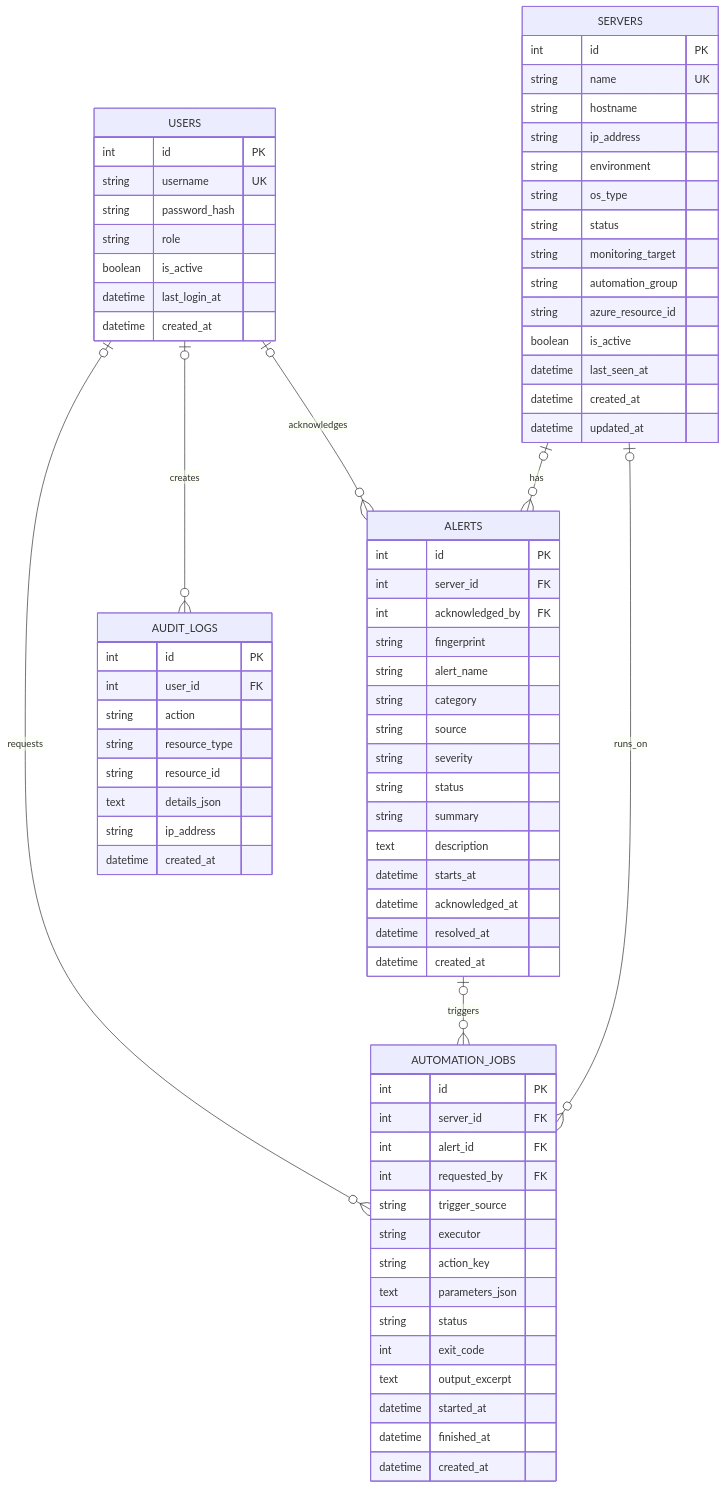
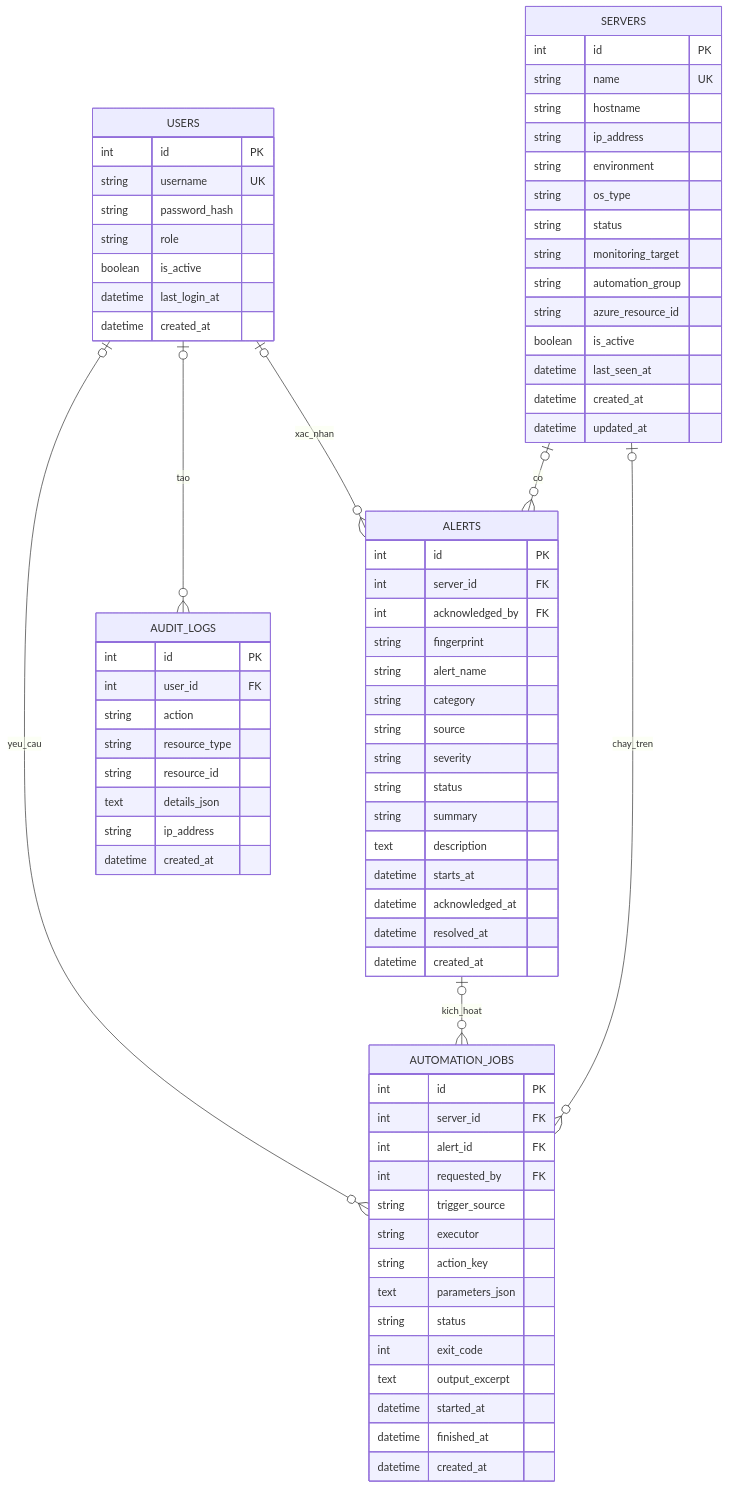
The diagram in docs/erd.md (NTGiaBao31/cloud-infrastructure-operations-portal), drawn with Mermaid before and after one commit. The commit also changed other lines of this file and 42 other files, not shown here.

````diff
--- a/docs/erd.md
+++ b/docs/erd.md
@@ -3,77 +3,77 @@
 ```mermaid
 erDiagram
     USERS {
         int id PK
         string username UK
         string password_hash
         string role
         boolean is_active
         datetime last_login_at
         datetime created_at
     }
     SERVERS {
         int id PK
         string name UK
         string hostname
         string ip_address
         string environment
         string os_type
         string status
         string monitoring_target
         string automation_group
         string azure_resource_id
         boolean is_active
         datetime last_seen_at
         datetime created_at
         datetime updated_at
     }
     ALERTS {
         int id PK
         int server_id FK
         int acknowledged_by FK
         string fingerprint
         string alert_name
         string category
         string source
         string severity
         string status
         string summary
         text description
         datetime starts_at
         datetime acknowledged_at
         datetime resolved_at
         datetime created_at
     }
     AUTOMATION_JOBS {
         int id PK
         int server_id FK
         int alert_id FK
         int requested_by FK
         string trigger_source
         string executor
         string action_key
         text parameters_json
         string status
         int exit_code
         text output_excerpt
         datetime started_at
         datetime finished_at
         datetime created_at
     }
     AUDIT_LOGS {
         int id PK
         int user_id FK
         string action
         string resource_type
         string resource_id
         text details_json
         string ip_address
         datetime created_at
     }
-    SERVERS o|--o{ ALERTS : has
-    USERS o|--o{ ALERTS : acknowledges
-    SERVERS o|--o{ AUTOMATION_JOBS : runs_on
-    ALERTS o|--o{ AUTOMATION_JOBS : triggers
-    USERS o|--o{ AUTOMATION_JOBS : requests
-    USERS o|--o{ AUDIT_LOGS : creates
+    SERVERS o|--o{ ALERTS : co
+    USERS o|--o{ ALERTS : xac_nhan
+    SERVERS o|--o{ AUTOMATION_JOBS : chay_tren
+    ALERTS o|--o{ AUTOMATION_JOBS : kich_hoat
+    USERS o|--o{ AUTOMATION_JOBS : yeu_cau
+    USERS o|--o{ AUDIT_LOGS : tao
 ```
````
